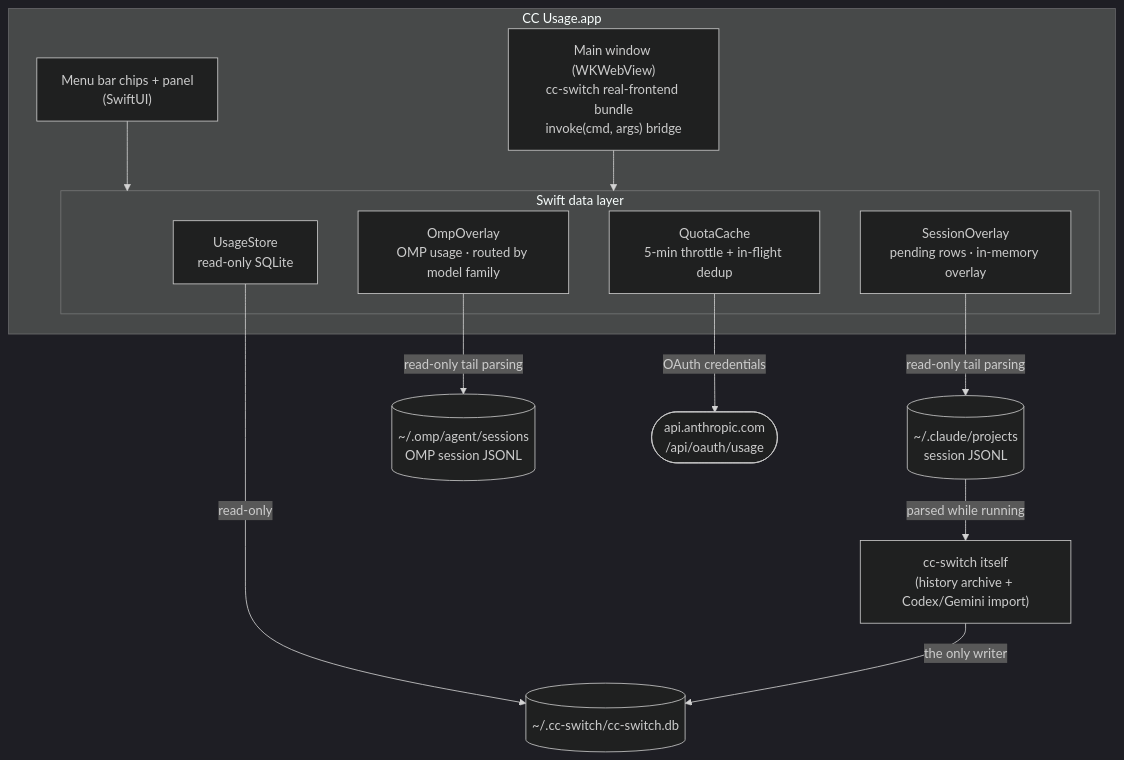
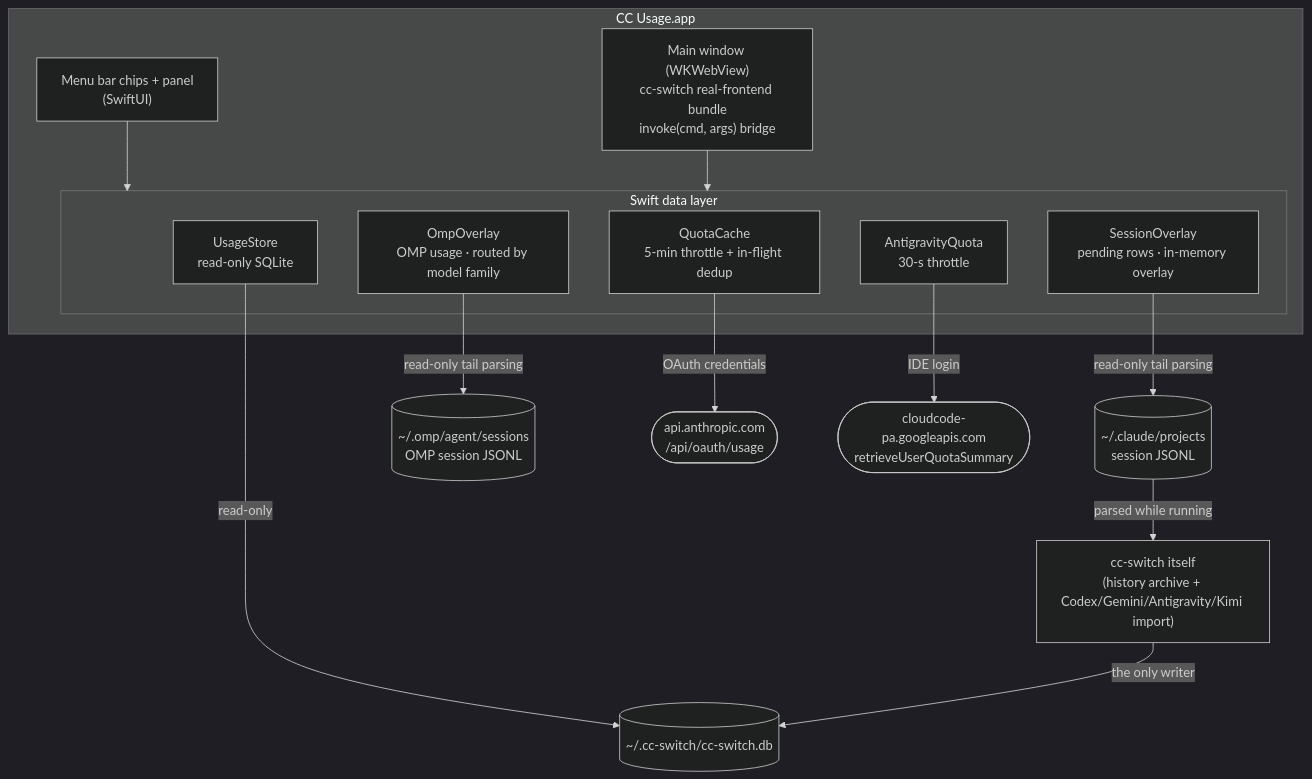
The diagram in README.md (Eureka0w0v0/cc-usage), drawn with Mermaid (dark theme) before and after one commit. The commit also changed other lines of this file and 1 other file, not shown here.

Commit message:
docs(readme): 跟进 v4.0.20 主窗口、Antigravity / Kimi Code 与 W / M 口径，隐私段补全网络请求

````diff
--- a/README.md
+++ b/README.md
@@ -82,27 +84,30 @@
 ```mermaid
 flowchart TB
     subgraph app["CC Usage.app"]
         menubar["Menu bar chips + panel<br/>(SwiftUI)"]
         panel["Main window (WKWebView)<br/>cc-switch real-frontend bundle<br/>invoke(cmd, args) bridge"]
         subgraph layer["Swift data layer"]
             UsageStore["UsageStore<br/>read-only SQLite"]
             SessionOverlay["SessionOverlay<br/>pending rows · in-memory overlay"]
             OmpOverlay["OmpOverlay<br/>OMP usage · routed by model family"]
             QuotaCache["QuotaCache<br/>5-min throttle + in-flight dedup"]
+            AgyQuota["AntigravityQuota<br/>30-s throttle"]
         end
         menubar --> layer
         panel --> layer
     end
     db[("~/.cc-switch/cc-switch.db")]
     jsonl[("~/.claude/projects<br/>session JSONL")]
     ompjsonl[("~/.omp/agent/sessions<br/>OMP session JSONL")]
     api(["api.anthropic.com<br/>/api/oauth/usage"])
-    ccswitch["cc-switch itself<br/>(history archive + Codex/Gemini import)"]
+    google(["cloudcode-pa.googleapis.com<br/>retrieveUserQuotaSummary"])
+    ccswitch["cc-switch itself<br/>(history archive + Codex/Gemini/Antigravity/Kimi import)"]
 
     UsageStore -->|"read-only"| db
     SessionOverlay -->|"read-only tail parsing"| jsonl
     OmpOverlay -->|"read-only tail parsing"| ompjsonl
     QuotaCache -->|"OAuth credentials"| api
+    AgyQuota -->|"IDE login"| google
     jsonl -->|"parsed while running"| ccswitch
     ccswitch -->|"the only writer"| db
 ```
````
